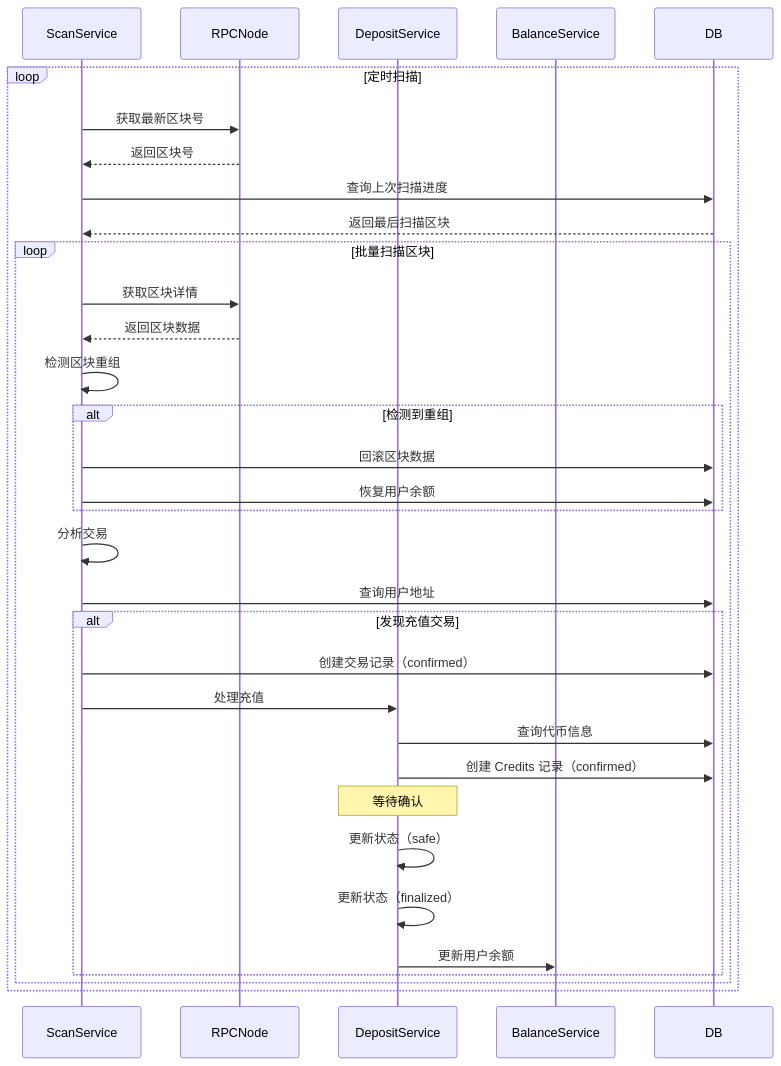
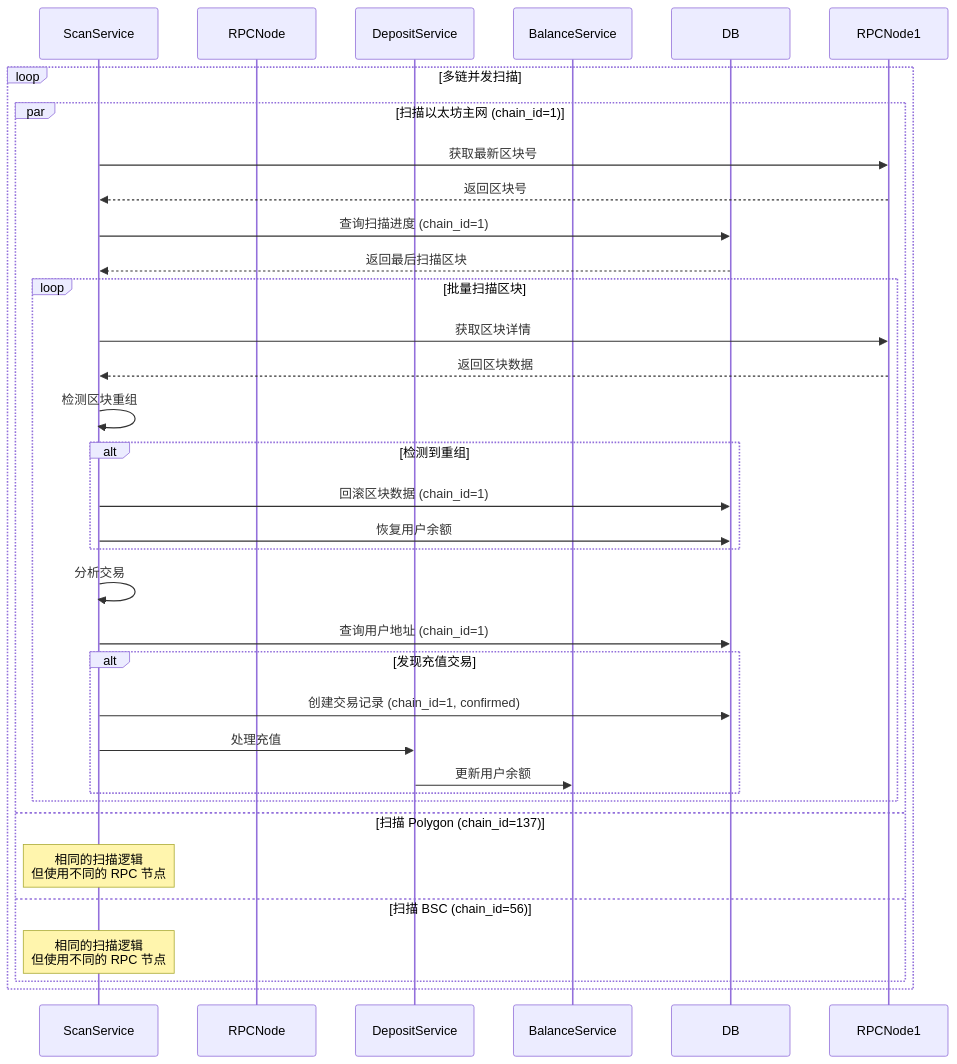
Before and after one commit to chapool/go-wallet: the third of 5 diagrams in docs/hd-wallet-design.md, drawn with Mermaid. The commit also changed other lines of this file and 107 other files, not shown here.

````diff
--- a/docs/hd-wallet-design.md
+++ b/docs/hd-wallet-design.md
@@ -2042,44 +2236,42 @@
 ```mermaid
 sequenceDiagram
     participant ScanService
     participant RPCNode
     participant DepositService
     participant BalanceService
     participant DB
 
-    loop 定时扫描
-        ScanService->>RPCNode: 获取最新区块号
-        RPCNode-->>ScanService: 返回区块号
-        
-        ScanService->>DB: 查询上次扫描进度
-        DB-->>ScanService: 返回最后扫描区块
-        
-        loop 批量扫描区块
-            ScanService->>RPCNode: 获取区块详情
-            RPCNode-->>ScanService: 返回区块数据
+    loop 多链并发扫描
+        par 扫描以太坊主网 (chain_id=1)
+            ScanService->>RPCNode1: 获取最新区块号
+            RPCNode1-->>ScanService: 返回区块号
             
-            ScanService->>ScanService: 检测区块重组
-            alt 检测到重组
-                ScanService->>DB: 回滚区块数据
-                ScanService->>DB: 恢复用户余额
+            ScanService->>DB: 查询扫描进度 (chain_id=1)
+            DB-->>ScanService: 返回最后扫描区块
+            
+            loop 批量扫描区块
+                ScanService->>RPCNode1: 获取区块详情
+                RPCNode1-->>ScanService: 返回区块数据
+                
+                ScanService->>ScanService: 检测区块重组
+                alt 检测到重组
+                    ScanService->>DB: 回滚区块数据 (chain_id=1)
+                    ScanService->>DB: 恢复用户余额
+                end
+                
+                ScanService->>ScanService: 分析交易
+                ScanService->>DB: 查询用户地址 (chain_id=1)
+                
+                alt 发现充值交易
+                    ScanService->>DB: 创建交易记录 (chain_id=1, confirmed)
+                    ScanService->>DepositService: 处理充值
+                    DepositService->>BalanceService: 更新用户余额
+                end
             end
-            
-            ScanService->>ScanService: 分析交易
-            ScanService->>DB: 查询用户地址
-            
-            alt 发现充值交易
-                ScanService->>DB: 创建交易记录（confirmed）
-                ScanService->>DepositService: 处理充值
-                
-                DepositService->>DB: 查询代币信息
-                DepositService->>DB: 创建 Credits 记录（confirmed）
-                
-                Note over DepositService: 等待确认
-                DepositService->>DepositService: 更新状态（safe）
-                DepositService->>DepositService: 更新状态（finalized）
-                
-                DepositService->>BalanceService: 更新用户余额
-            end
+        and 扫描 Polygon (chain_id=137)
+            Note over ScanService: 相同的扫描逻辑<br/>但使用不同的 RPC 节点
+        and 扫描 BSC (chain_id=56)
+            Note over ScanService: 相同的扫描逻辑<br/>但使用不同的 RPC 节点
         end
     end
 ```
````
